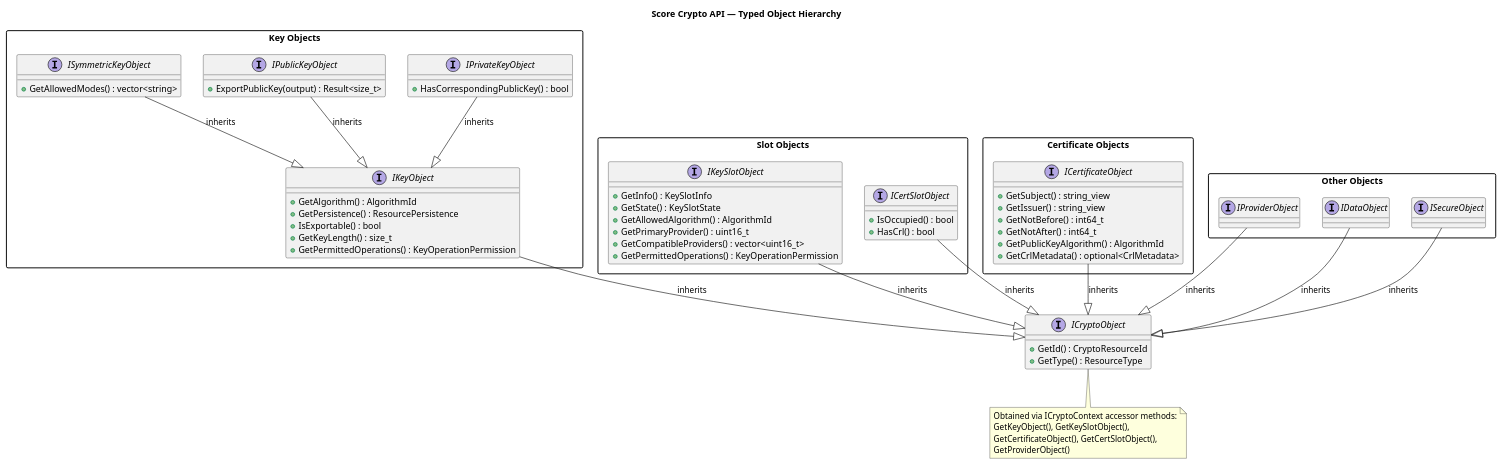
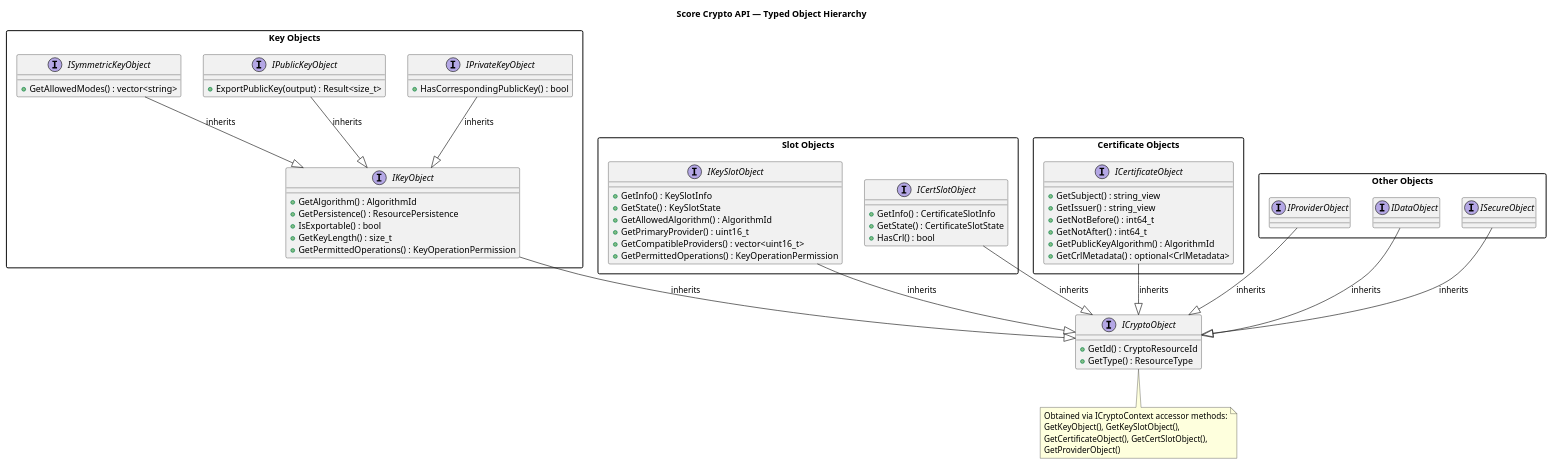
Before and after one commit to eclipse-score/inc_security_crypto: the diagram in score/crypto/docs/architecture/api_typed_objects.puml, drawn with PlantUML. The commit also changed 13 other files, not shown here.

```diff
--- a/score/crypto/docs/architecture/api_typed_objects.puml
+++ b/score/crypto/docs/architecture/api_typed_objects.puml
@@ -14,106 +14,107 @@
 @startuml score_crypto_api_typed_objects
 
 title Score Crypto API — Typed Object Hierarchy
 
 skinparam packageStyle rectangle
 
 ' ============================================================
 ' Root
 ' ============================================================
 interface ICryptoObject {
     + GetId() : CryptoResourceId
     + GetType() : ResourceType
 }
 
 ' ============================================================
 ' Key Objects
 ' ============================================================
 package "Key Objects" {
     interface IKeyObject {
         + GetAlgorithm() : AlgorithmId
         + GetPersistence() : ResourcePersistence
         + IsExportable() : bool
         + GetKeyLength() : size_t
         + GetPermittedOperations() : KeyOperationPermission
     }
 
     interface IPrivateKeyObject {
         + HasCorrespondingPublicKey() : bool
     }
 
     interface IPublicKeyObject {
         + ExportPublicKey(output) : Result<size_t>
     }
 
     interface ISymmetricKeyObject {
         + GetAllowedModes() : vector<string>
     }
 
     IKeyObject --|> ICryptoObject : inherits
     IPrivateKeyObject --|> IKeyObject : inherits
     IPublicKeyObject --|> IKeyObject : inherits
     ISymmetricKeyObject --|> IKeyObject : inherits
 }
 
 ' ============================================================
 ' Key Slot Object
 ' ============================================================
 package "Slot Objects" {
     interface IKeySlotObject {
         + GetInfo() : KeySlotInfo
         + GetState() : KeySlotState
         + GetAllowedAlgorithm() : AlgorithmId
         + GetPrimaryProvider() : uint16_t
         + GetCompatibleProviders() : vector<uint16_t>
         + GetPermittedOperations() : KeyOperationPermission
     }
 
     interface ICertSlotObject {
-        + IsOccupied() : bool
+        + GetInfo() : CertificateSlotInfo
+        + GetState() : CertificateSlotState
         + HasCrl() : bool
     }
 
     IKeySlotObject --|> ICryptoObject : inherits
     ICertSlotObject --|> ICryptoObject : inherits
 }
 
 ' ============================================================
 ' Certificate Objects
 ' ============================================================
 package "Certificate Objects" {
     interface ICertificateObject {
         + GetSubject() : string_view
         + GetIssuer() : string_view
         + GetNotBefore() : int64_t
         + GetNotAfter() : int64_t
         + GetPublicKeyAlgorithm() : AlgorithmId
         + GetCrlMetadata() : optional<CrlMetadata>
     }
 
     ICertificateObject --|> ICryptoObject : inherits
 }
 
 ' ============================================================
 ' Other Objects
 ' ============================================================
 package "Other Objects" {
     interface IProviderObject
     interface IDataObject
     interface ISecureObject
 
     IProviderObject --|> ICryptoObject : inherits
     IDataObject --|> ICryptoObject : inherits
     ISecureObject --|> ICryptoObject : inherits
 }
 
 ' ============================================================
 ' Access note
 ' ============================================================
 note bottom of ICryptoObject
   Obtained via ICryptoContext accessor methods:
   GetKeyObject(), GetKeySlotObject(),
   GetCertificateObject(), GetCertSlotObject(),
   GetProviderObject()
 end note
 
 @enduml
```
